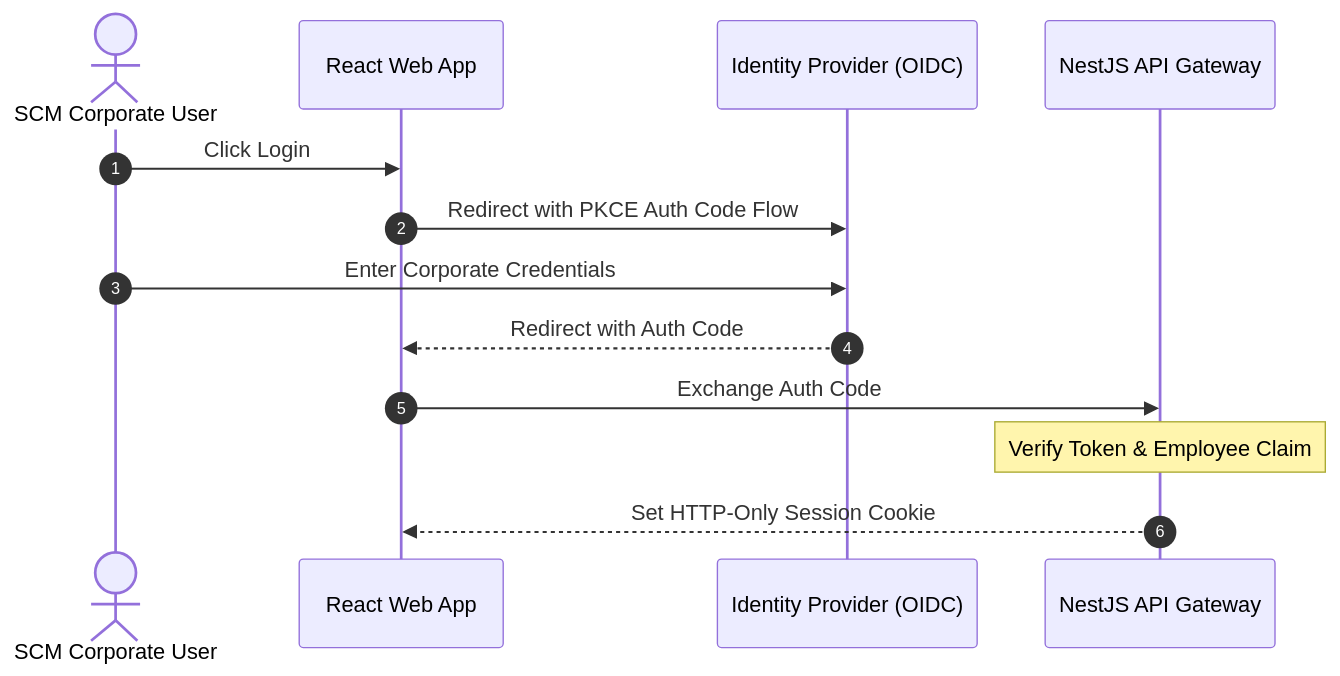
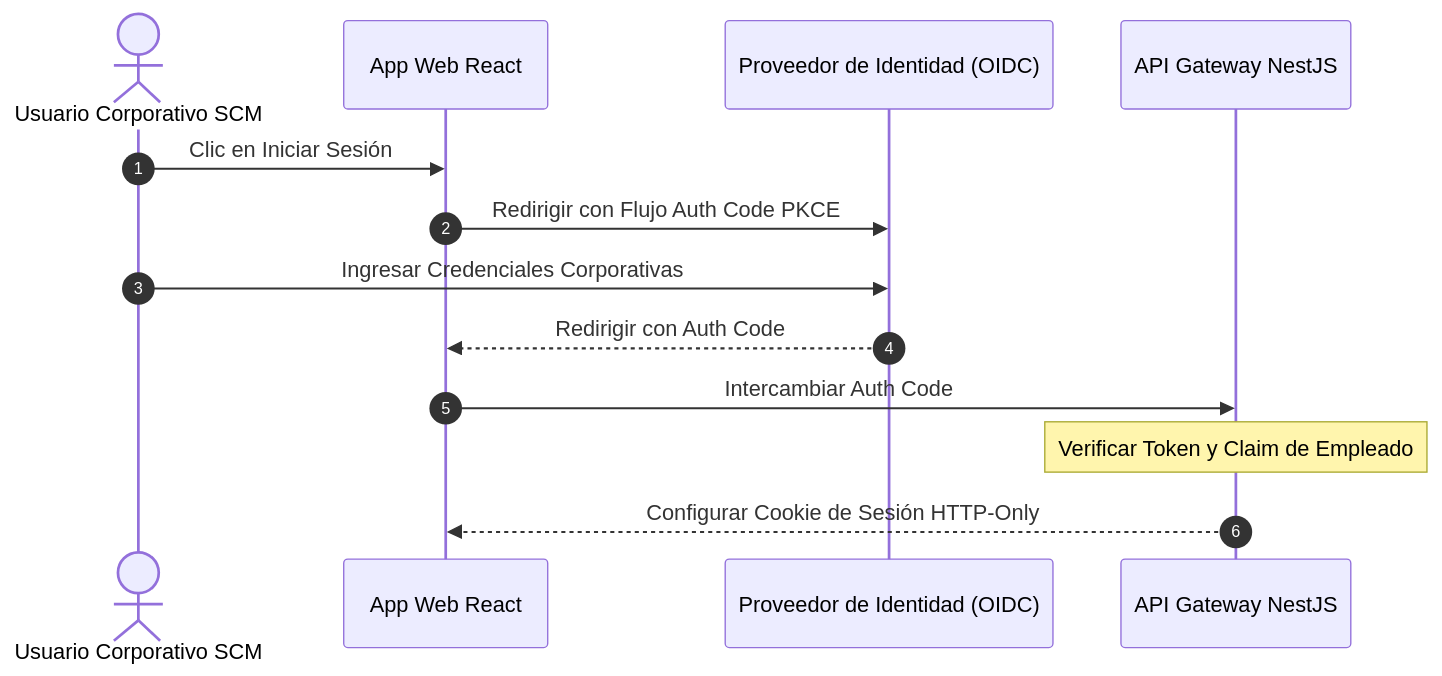
Before and after one commit to beyondnetcode/ums: the diagram in src/ums-workspace/docs/es/01-requirements/usecases/uc-01-user-authentication.md, drawn with Mermaid. The commit also changed other lines of this file and 3 other files, not shown here.

````diff
--- a/src/ums-workspace/docs/es/01-requirements/usecases/uc-01-user-authentication.md
+++ b/src/ums-workspace/docs/es/01-requirements/usecases/uc-01-user-authentication.md
@@ -22,16 +20,16 @@
 ```mermaid
 sequenceDiagram
     autonumber
-    actor User as SCM Corporate User
-    participant Web as React Web App
-    participant IdP as Identity Provider (OIDC)
-    participant API as NestJS API Gateway
+    actor User as Usuario Corporativo SCM
+    participant Web as App Web React
+    participant IdP as Proveedor de Identidad (OIDC)
+    participant API as API Gateway NestJS
 
-    User->>Web: Click Login
-    Web->>IdP: Redirect with PKCE Auth Code Flow
-    User->>IdP: Enter Corporate Credentials
-    IdP-->>Web: Redirect with Auth Code
-    Web->>API: Exchange Auth Code
-    Note over API: Verify Token & Employee Claim
-    API-->>Web: Set HTTP-Only Session Cookie
+    User->>Web: Clic en Iniciar Sesión
+    Web->>IdP: Redirigir con Flujo Auth Code PKCE
+    User->>IdP: Ingresar Credenciales Corporativas
+    IdP-->>Web: Redirigir con Auth Code
+    Web->>API: Intercambiar Auth Code
+    Note over API: Verificar Token y Claim de Empleado
+    API-->>Web: Configurar Cookie de Sesión HTTP-Only
 ```
````
